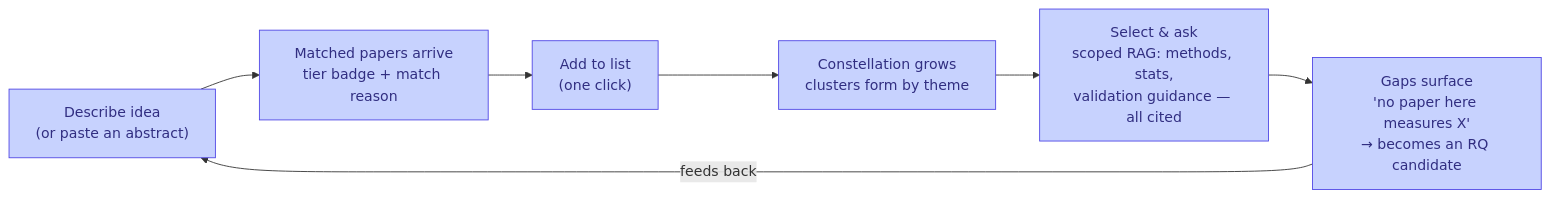
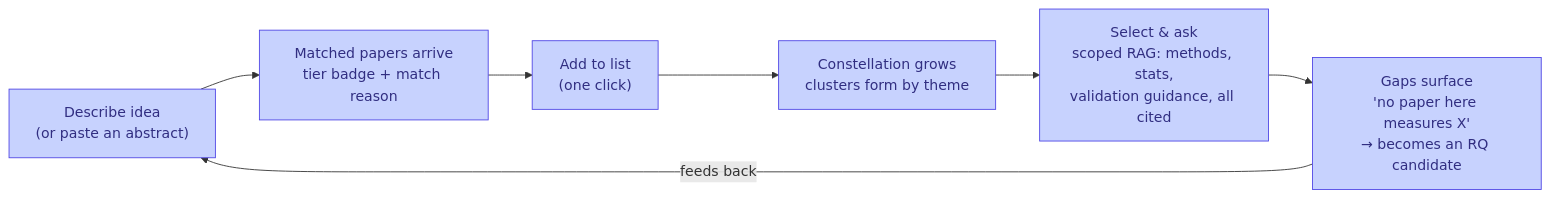
The second of 3 diagrams in docs/design/flows.md (idreesshaikh/human-ai-studies-framework), drawn with Mermaid before and after one commit. The commit also changed other lines of this file and 93 other files, not shown here.

````diff
--- a/docs/design/flows.md
+++ b/docs/design/flows.md
@@ -35,11 +35,11 @@
 ```mermaid
 flowchart LR
     classDef s fill:#c7d2fe,stroke:#4f46e5,color:#312e81
     A["Describe idea<br/>(or paste an abstract)"]:::s
     B["Matched papers arrive<br/>tier badge + match reason"]:::s
     C["Add to list<br/>(one click)"]:::s
     D["Constellation grows<br/>clusters form by theme"]:::s
-    E["Select & ask<br/>scoped RAG: methods, stats,<br/>validation guidance — all cited"]:::s
+    E["Select & ask<br/>scoped RAG: methods, stats,<br/>validation guidance, all cited"]:::s
     F["Gaps surface<br/>'no paper here measures X'<br/>→ becomes an RQ candidate"]:::s
     A --> B --> C --> D --> E --> F -->|feeds back| A
 ```
````
